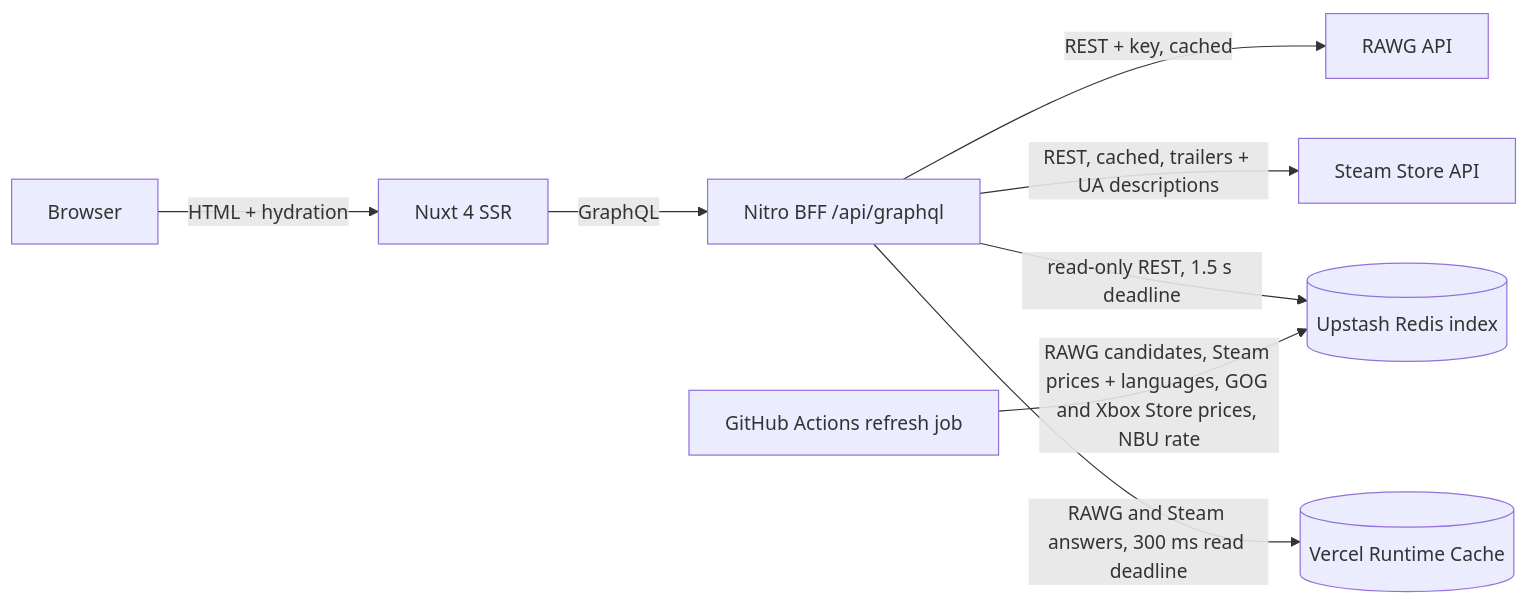
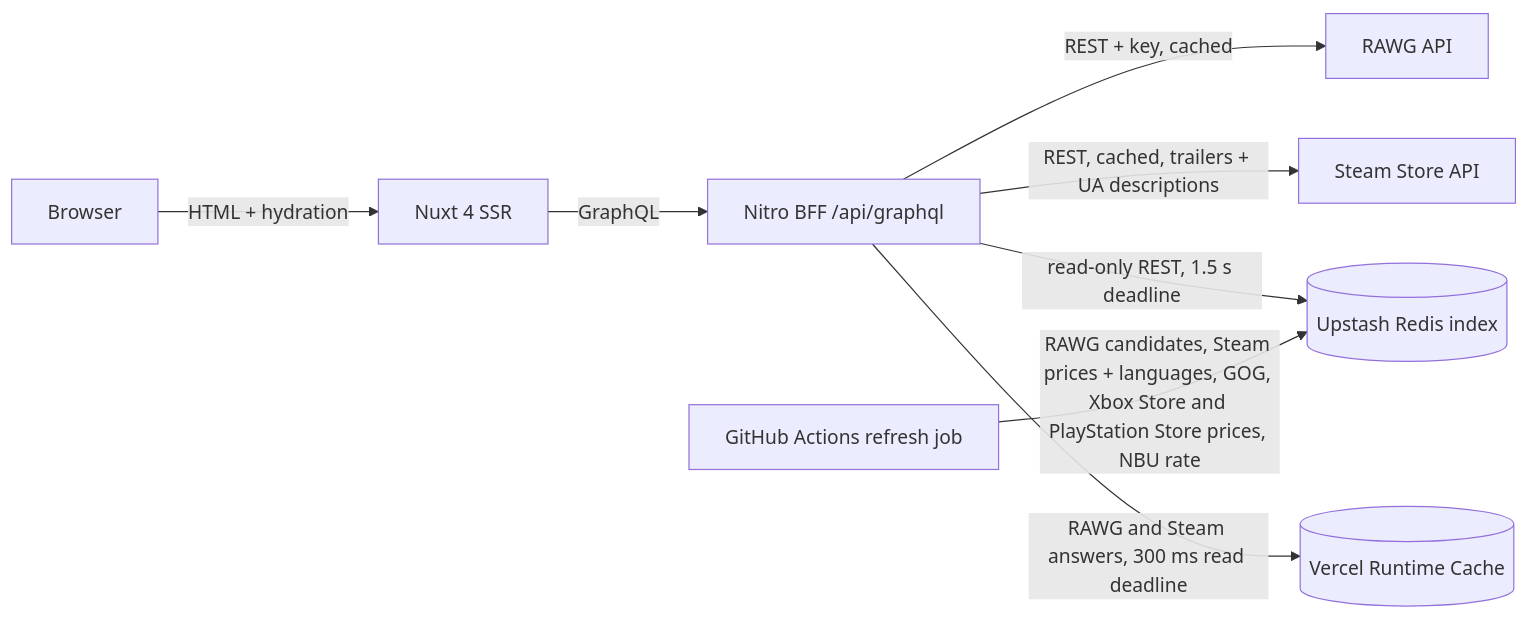
Before and after one commit to Sennjen/gg-stay: the diagram in README.md, drawn with Mermaid. The commit also changed other lines of this file and 86 other files, not shown here.

Commit message:
Show what the PlayStation Store charges in Ukraine, read slowly (#92)

````diff
--- a/README.md
+++ b/README.md
@@ -33,10 +30,10 @@
 ```mermaid
 flowchart LR
   B[Browser] -->|HTML + hydration| N[Nuxt 4 SSR]
   N -->|GraphQL| G[Nitro BFF /api/graphql]
   G -->|REST + key, cached| R[RAWG API]
   G -->|REST, cached, trailers + UA descriptions| S[Steam Store API]
   G -->|read-only REST, 1.5 s deadline| I[(Upstash Redis index)]
   G -->|RAWG and Steam answers, 300 ms read deadline| C[(Vercel Runtime Cache)]
-  J[GitHub Actions refresh job] -->|RAWG candidates, Steam prices + languages, GOG and Xbox Store prices, NBU rate| I
+  J[GitHub Actions refresh job] -->|RAWG candidates, Steam prices + languages, GOG, Xbox Store and PlayStation Store prices, NBU rate| I
 ```
````
